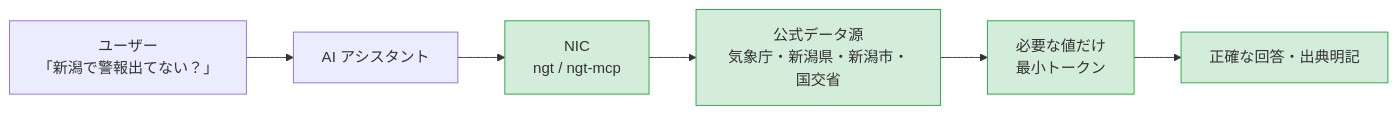
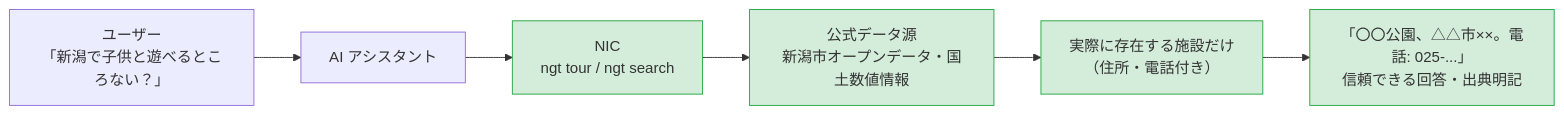
Before and after one commit to Cinnamobot/nic: the second of 2 diagrams in README.md, drawn with Mermaid. The commit also changed other lines of this file and 1 other file, not shown here.

Commit message:
Mermaid図を「遊び場を聞いたら怪しい場所が出る」例に差し替え(ガードレール課題の解像度向上)

````diff
--- a/README.md
+++ b/README.md
@@ -88,13 +88,13 @@
 ```mermaid
 flowchart LR
-    A[ユーザー<br>「新潟で警報出てない？」] --> B[AI アシスタント]
-    B --> C[NIC<br>ngt / ngt-mcp]
-    C --> D[公式データ源<br>気象庁・新潟県・新潟市・国交省]
-    D --> E[必要な値だけ<br>最小トークン]
-    E --> F[正確な回答・出典明記]
+    A[ユーザー<br>「新潟で子供と遊べるところない？」] --> B[AI アシスタント]
+    B --> C[NIC<br>ngt tour / ngt search]
+    C --> D[公式データ源<br>新潟市オープンデータ・国土数値情報]
+    D --> E[実際に存在する施設だけ<br>（住所・電話付き）]
+    E --> F[「〇〇公園、△△市××。電話: 025-...」<br>信頼できる回答・出典明記]
 
     style C fill:#d4edda,stroke:#28a745
     style D fill:#d4edda,stroke:#28a745
     style E fill:#d4edda,stroke:#28a745
     style F fill:#d4edda,stroke:#28a745
 ```
````
